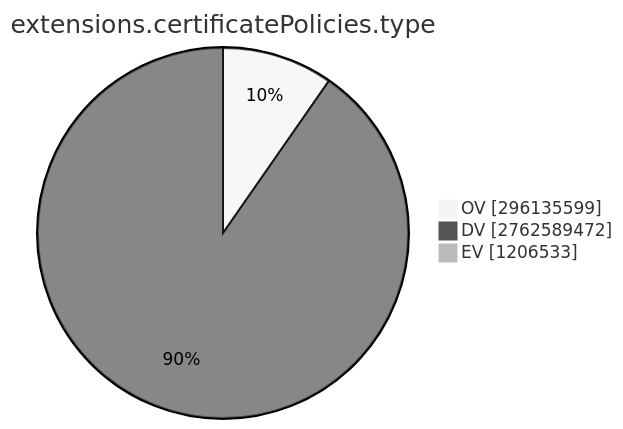
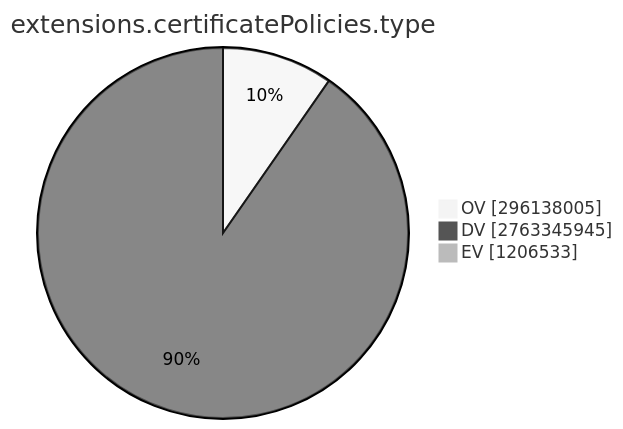
The ninth of 15 diagrams in TOTAL/README.md (christiankrug/ctmonitor_visualization), drawn with Mermaid (neutral theme) before and after one commit. The commit also changed other lines of this file, not shown here.

````diff
--- a/TOTAL/README.md
+++ b/TOTAL/README.md
@@ -3099,7 +3099,7 @@
 ```mermaid
 pie showData
 title extensions.certificatePolicies.type
-"OV" :296135599
-"DV" :2762589472
+"OV" :296138005
+"DV" :2763345945
 "EV" :1206533
 ```
````
